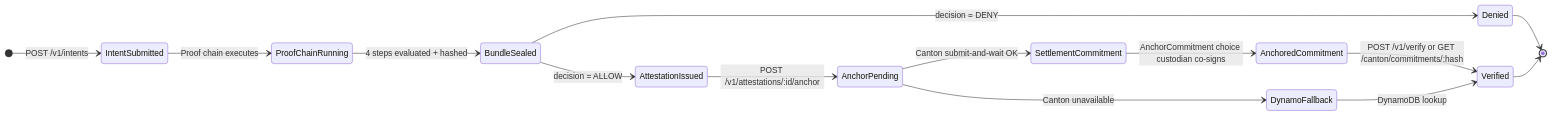
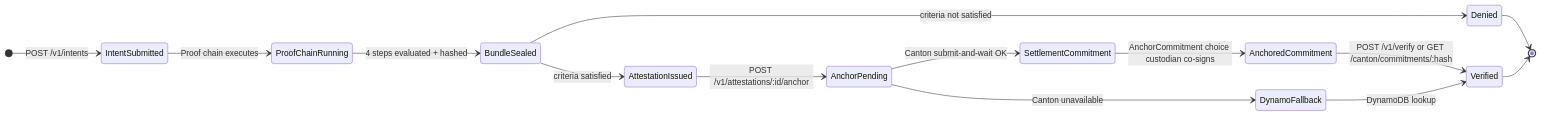
Before and after one commit to finos-labs/dtcch-2026-compliledger: the sixth of 7 diagrams in README.md, drawn with Mermaid. The commit also changed other lines of this file, not shown here.

````diff
--- a/README.md
+++ b/README.md
@@ -513,21 +515,21 @@
 ```mermaid
 stateDiagram-v2
     direction LR
     [*] --> IntentSubmitted : POST /v1/intents
 
     IntentSubmitted --> ProofChainRunning : Proof chain executes
     ProofChainRunning --> BundleSealed : 4 steps evaluated + hashed
-    BundleSealed --> AttestationIssued : decision = ALLOW
-    BundleSealed --> Denied : decision = DENY
+    BundleSealed --> AttestationIssued : criteria satisfied
+    BundleSealed --> Denied : criteria not satisfied
 
     AttestationIssued --> AnchorPending : POST /v1/attestations/:id/anchor
     AnchorPending --> SettlementCommitment : Canton submit-and-wait OK
     SettlementCommitment --> AnchoredCommitment : AnchorCommitment choice custodian co-signs
     AnchoredCommitment --> Verified : POST /v1/verify or GET /canton/commitments/:hash
 
     AnchorPending --> DynamoFallback : Canton unavailable
     DynamoFallback --> Verified : DynamoDB lookup
 
     Denied --> [*]
     Verified --> [*]
 ```
````
